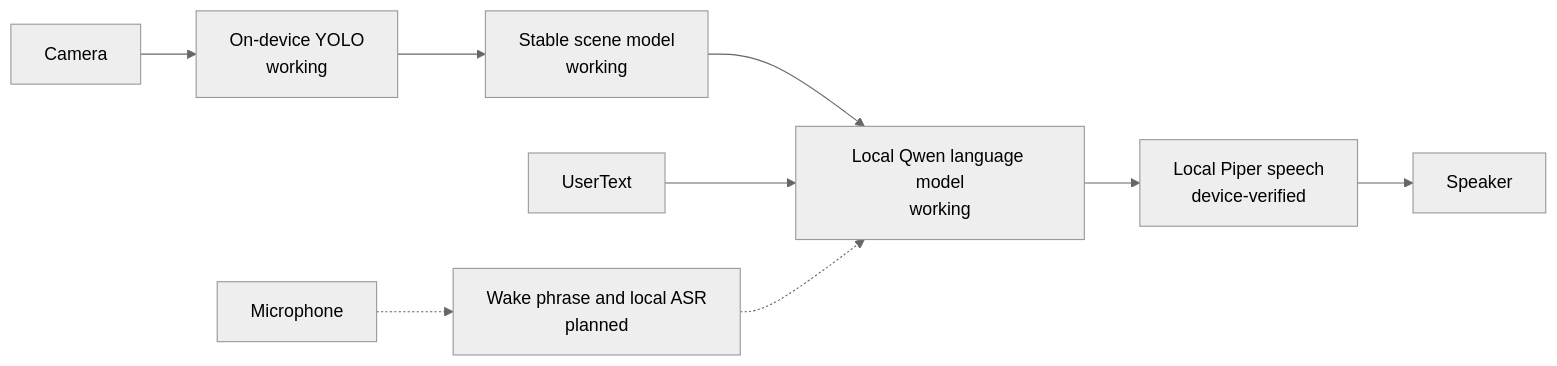
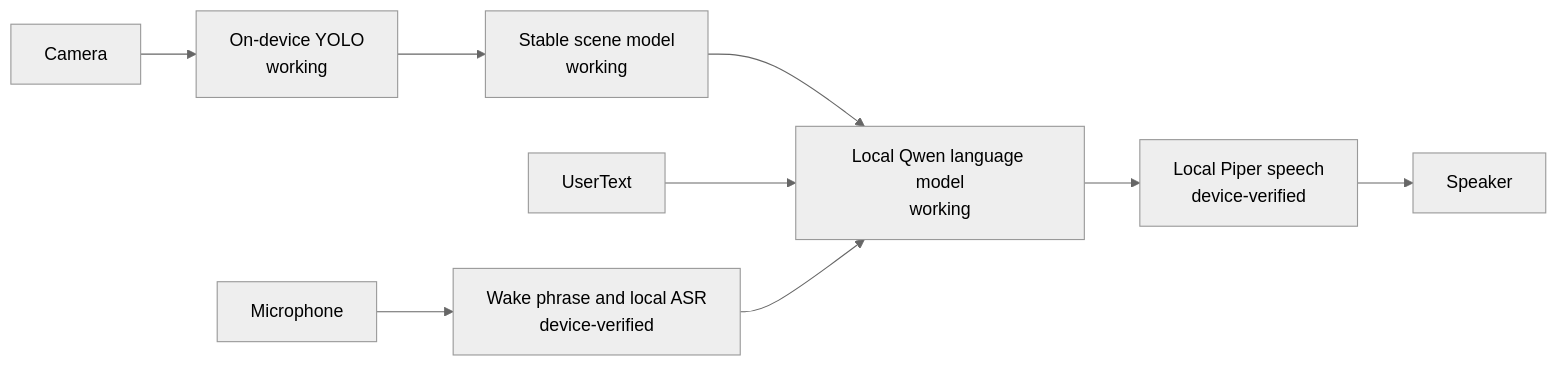
The diagram in README.md (ChabanovX/pov-agent), drawn with Mermaid (neutral theme) before and after one commit. The commit also changed other lines of this file and 3 other files, not shown here.

````diff
--- a/README.md
+++ b/README.md
@@ -74,11 +86,11 @@
 ```mermaid
 flowchart LR
     Camera --> YOLO["On-device YOLO<br/>working"]
     YOLO --> Scene["Stable scene model<br/>working"]
-    Microphone -.-> ASR["Wake phrase and local ASR<br/>planned"]
+    Microphone --> ASR["Wake phrase and local ASR<br/>device-verified"]
     Scene --> LLM["Automatic scene prompt<br/>working"]
     UserText --> LLM["Local Qwen language model<br/>working"]
-    ASR -.-> LLM
+    ASR --> LLM
     LLM --> TTS["Local Piper speech<br/>device-verified"]
     TTS --> Speaker
 ```
````
